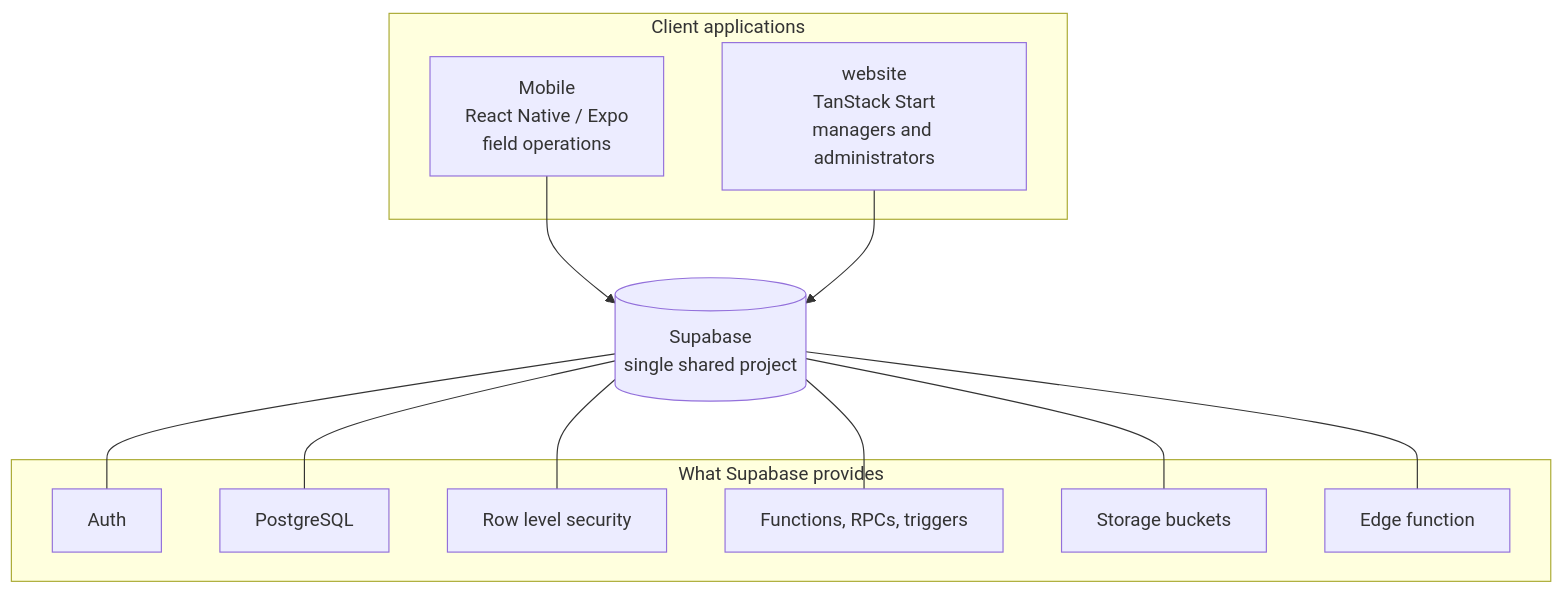
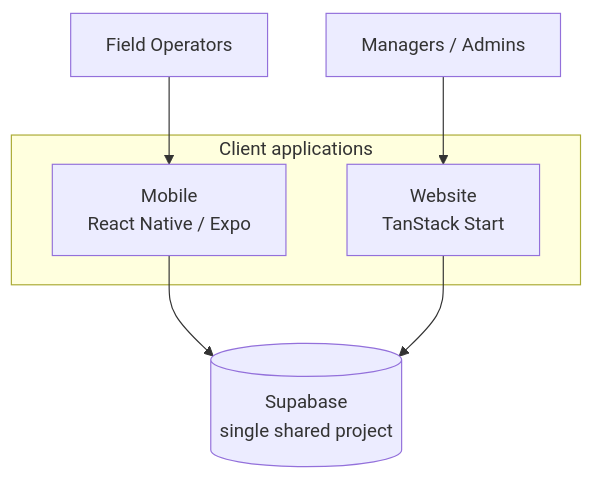
One commit to iamhashir/ipac-documentation changed the first of 4 diagrams in docs/guides/architecture/system-overview.mdx. Above: the diagram before and after it, drawn with Mermaid. The commit also changed other lines of this file and 12 other files, not shown here.

````diff
--- a/docs/guides/architecture/system-overview.mdx
+++ b/docs/guides/architecture/system-overview.mdx
@@ -11,28 +13,17 @@
 ```mermaid
 flowchart TB
+  FO["Field Operators"]
+  MA["Managers / Admins"]
+
   subgraph Clients["Client applications"]
-    OPS["Mobile<br/>React Native / Expo<br/>field operations"]
-    ADM["website<br/>TanStack Start<br/>managers and administrators"]
+    MOB["Mobile<br/>React Native / Expo"]
+    WEB["Website<br/>TanStack Start"]
   end
 
-  SB[("Supabase<br/>single shared project")]
+  SUP[("Supabase<br/>single shared project")]
 
-  OPS --> SB
-  ADM --> SB
-
-  subgraph Backend["What Supabase provides"]
-    AUTH["Auth"]
-    PG["PostgreSQL"]
-    RLS["Row level security"]
-    FN["Functions, RPCs, triggers"]
-    ST["Storage buckets"]
-    EF["Edge function"]
-  end
-
-  SB --- AUTH
-  SB --- PG
-  SB --- RLS
-  SB --- FN
-  SB --- ST
-  SB --- EF
+  FO --> MOB
+  MOB --> SUP
+  WEB --> SUP
+  MA --> WEB
 ```
````
